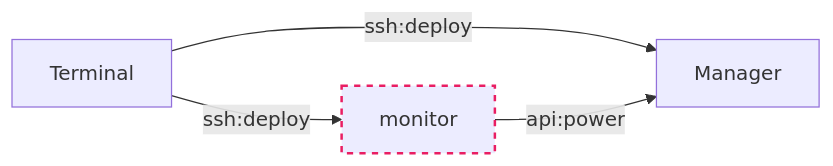
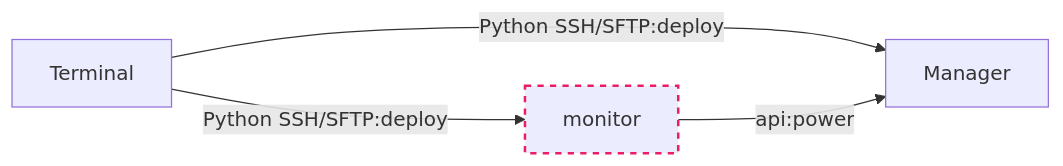
The diagram in readme.md (TunArund/MC-ServerPack), drawn with Mermaid before and after one commit. The commit also changed other lines of this file and 43 other files, not shown here.

````diff
--- a/readme.md
+++ b/readme.md
@@ -6,9 +6,9 @@
 ```mermaid
 flowchart LR
-  T[Terminal] -->|ssh:deploy| M[Manager]
-  T -->|ssh:deploy| G[monitor]
+  T[Terminal] -->|Python SSH/SFTP:deploy| M[Manager]
+  T -->|Python SSH/SFTP:deploy| G[monitor]
   G -->|api:power| M
 
   classDef dashed stroke-dasharray:5 5,stroke:#e91e63,stroke-width:2px;
   class G dashed;
 ```
````
